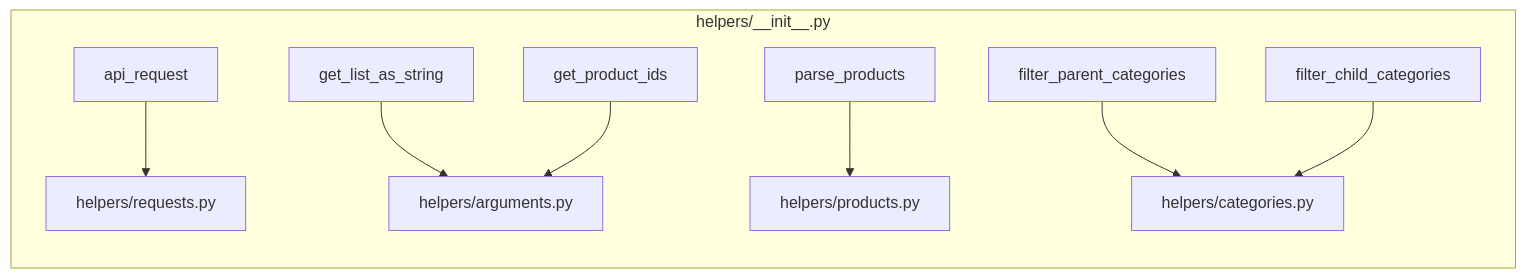
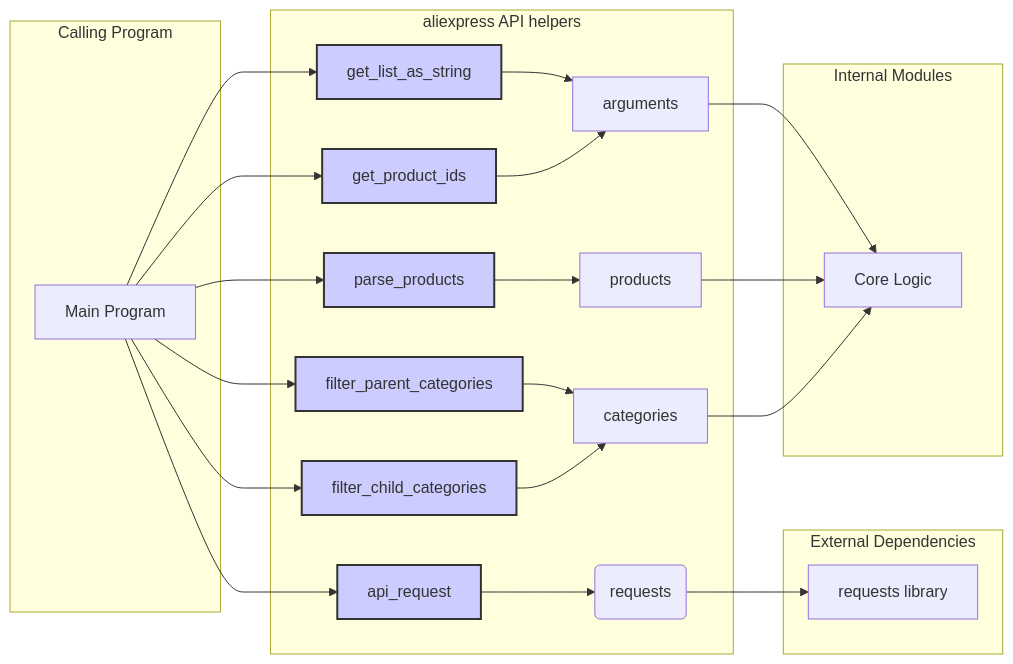
One commit to hypo69/hypo changed the diagram in docs/gemini/ru/explainer/src/suppliers/aliexpress/api/helpers/__init__.md. Above: the diagram before and after it, drawn with Mermaid. The commit also changed other lines of this file and 468 other files, not shown here.

````diff
--- a/docs/gemini/ru/explainer/src/suppliers/aliexpress/api/helpers/__init__.md
+++ b/docs/gemini/ru/explainer/src/suppliers/aliexpress/api/helpers/__init__.md
@@ -33,11 +20,41 @@
 ```mermaid
 graph LR
-    subgraph helpers/__init__.py
-        A[api_request] --> B[helpers/requests.py];
-        C[get_list_as_string] --> D[helpers/arguments.py];
-        E[get_product_ids] --> D;
-        F[parse_products] --> G[helpers/products.py];
-        H[filter_parent_categories] --> I[helpers/categories.py];
-        J[filter_child_categories] --> I;
+    subgraph "aliexpress API helpers"
+        A[api_request] --> B(requests);
+        C[get_list_as_string] --> D[arguments];
+        E[get_product_ids] --> D[arguments];
+        F[parse_products] --> G[products];
+        H[filter_parent_categories] --> I[categories];
+        J[filter_child_categories] --> I[categories];
     end
+    subgraph "External Dependencies"
+        B --> K[requests library];
+    end
+
+    subgraph "Internal Modules"
+        D --> L[Core Logic];
+        G --> L[Core Logic];
+        I --> L[Core Logic];
+    end
+
+    subgraph "Calling Program"
+        M[Main Program] --> A;
+        M --> C;
+        M --> E;
+        M --> F;
+        M --> H;
+        M --> J;
+
+        style A fill:#ccf,stroke:#333,stroke-width:2px;
+        style C fill:#ccf,stroke:#333,stroke-width:2px;
+        style E fill:#ccf,stroke:#333,stroke-width:2px;
+        style F fill:#ccf,stroke:#333,stroke-width:2px;
+        style H fill:#ccf,stroke:#333,stroke-width:2px;
+        style J fill:#ccf,stroke:#333,stroke-width:2px;
+
+
+        
+        
+    end
+
 ```
````
